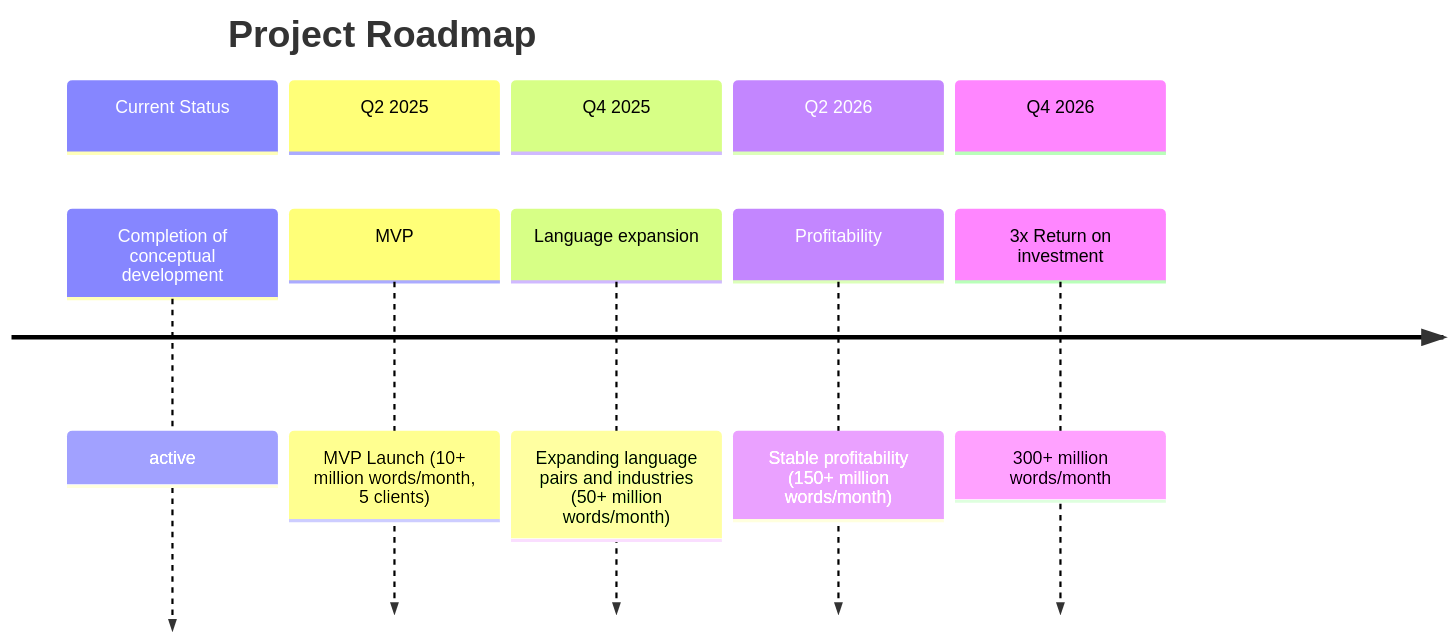
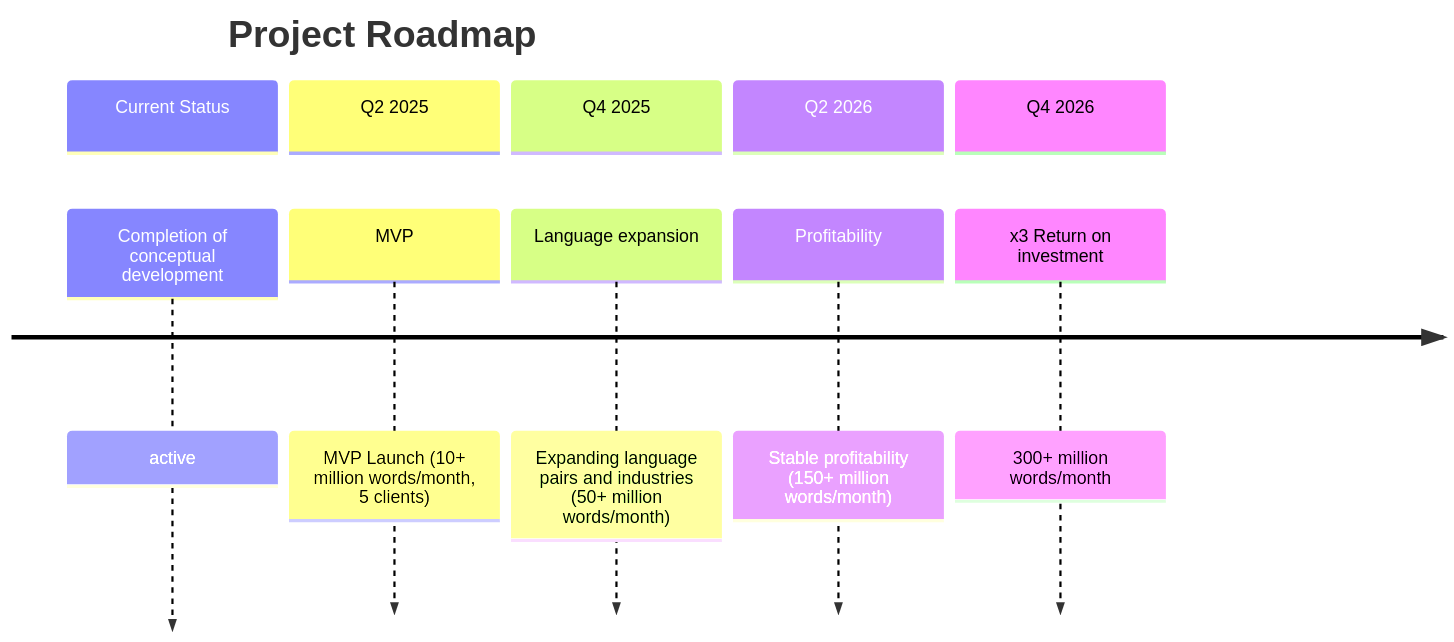
The second of 2 diagrams in Business docs/01 - Pitch-deck_EN.md (aozhuravlev/--TRANSLATOR--), drawn with Mermaid before and after one commit. The commit also changed other lines of this file and 1 other file, not shown here.

````diff
--- a/Business docs/01 - Pitch-deck_EN.md
+++ b/Business docs/01 - Pitch-deck_EN.md
@@ -210,14 +224,14 @@
 ```mermaid
 timeline
     title Project Roadmap
     section Current Status
         Completion of conceptual development : active
     section Q2 2025
         MVP : MVP Launch (10+ million words/month, 5 clients)
     section Q4 2025
         Language expansion : Expanding language pairs and industries (50+ million words/month)
     section Q2 2026
         Profitability : Stable profitability (150+ million words/month)
     section Q4 2026
-        3x Return on investment : 300+ million words/month
+        x3 Return on investment : 300+ million words/month
 ```
````
